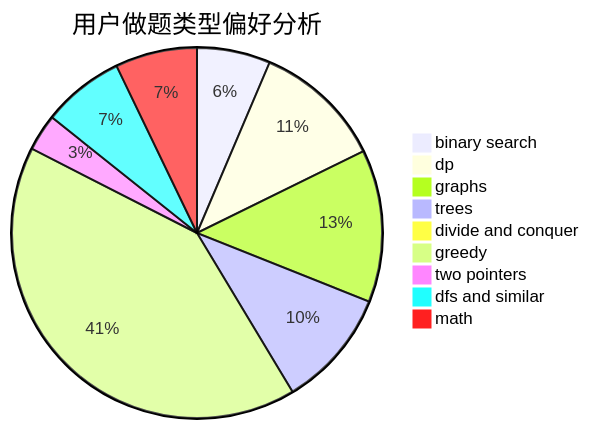
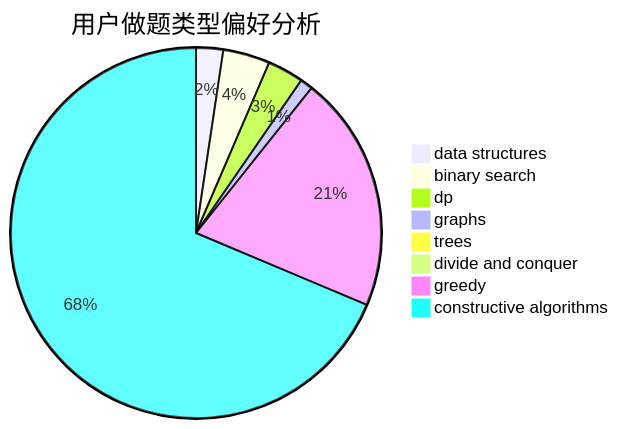
Before and after one commit to sherpahu/cfrs.github.io: the second of 3 diagrams in docs/user/u588.md, drawn with Mermaid. The commit also changed other lines of this file and 2775 other files, not shown here.

````diff
--- a/docs/user/u588.md
+++ b/docs/user/u588.md
@@ -23,12 +23,11 @@
 ```mermaid
 pie title 用户做题类型偏好分析
+    "data structures" :  15
     "binary search" :  26
-    "dp" :  46
-    "graphs" :  54
-    "trees" :  42
+    "dp" :  20
+    "graphs" :  7
+    "trees" :  3
     "divide and conquer" :  0
-    "greedy" :  167
-    "two pointers" :  13
-    "dfs and similar" :  29
-    "math" :  29
+    "greedy" :  131
+    "constructive algorithms" :  436
 ```
````
